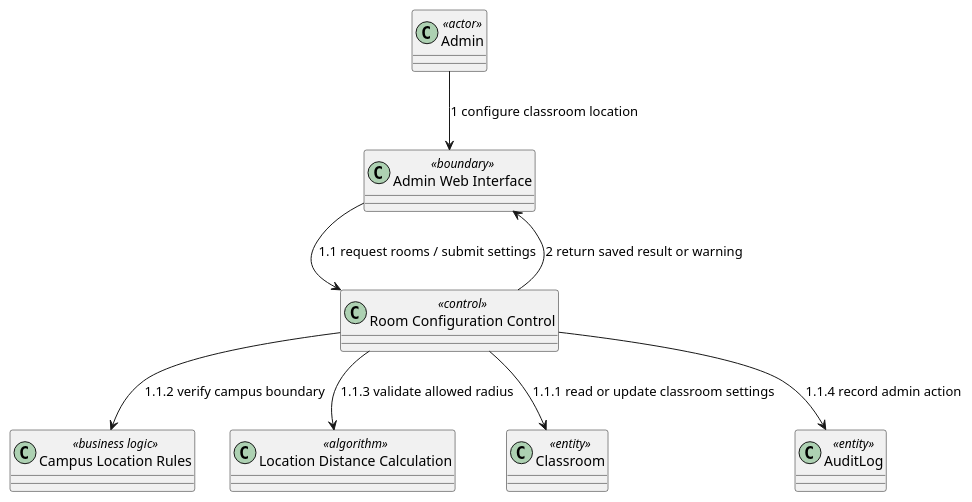
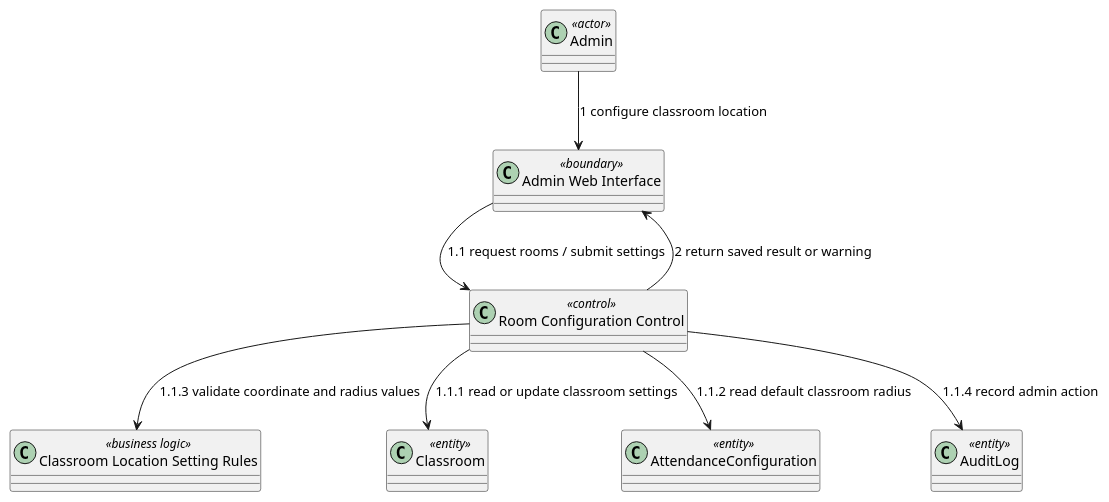
Before and after one commit to nttung42/SWD392: diagram 23 of 26 in docs/sds/2_Analysis.md, drawn with PlantUML. The commit also changed other lines of this file, not shown here.

Commit message:
tmp Contextual boundary class diagram

````diff
--- a/docs/sds/2_Analysis.md
+++ b/docs/sds/2_Analysis.md
@@ -1038,19 +1243,19 @@
 ```plantuml
 @startuml
 class "Admin" as Admin <<actor>>
 class "Admin Web Interface" as AdminUI <<boundary>>
 class "Room Configuration Control" as RoomControl <<control>>
-class "Campus Location Rules" as CampusRules <<business logic>>
-class "Location Distance Calculation" as DistanceCalc <<algorithm>>
+class "Classroom Location Setting Rules" as LocationSettingRules <<business logic>>
 class "Classroom" as Classroom <<entity>>
+class "AttendanceConfiguration" as AttendanceConfig <<entity>>
 class "AuditLog" as AuditLog <<entity>>
 
 Admin --> AdminUI : 1 configure classroom location
 AdminUI --> RoomControl : 1.1 request rooms / submit settings
 RoomControl --> Classroom : 1.1.1 read or update classroom settings
-RoomControl --> CampusRules : 1.1.2 verify campus boundary
-RoomControl --> DistanceCalc : 1.1.3 validate allowed radius
+RoomControl --> AttendanceConfig : 1.1.2 read default classroom radius
+RoomControl --> LocationSettingRules : 1.1.3 validate coordinate and radius values
 RoomControl --> AuditLog : 1.1.4 record admin action
 RoomControl --> AdminUI : 2 return saved result or warning
 @enduml
 ```
````
